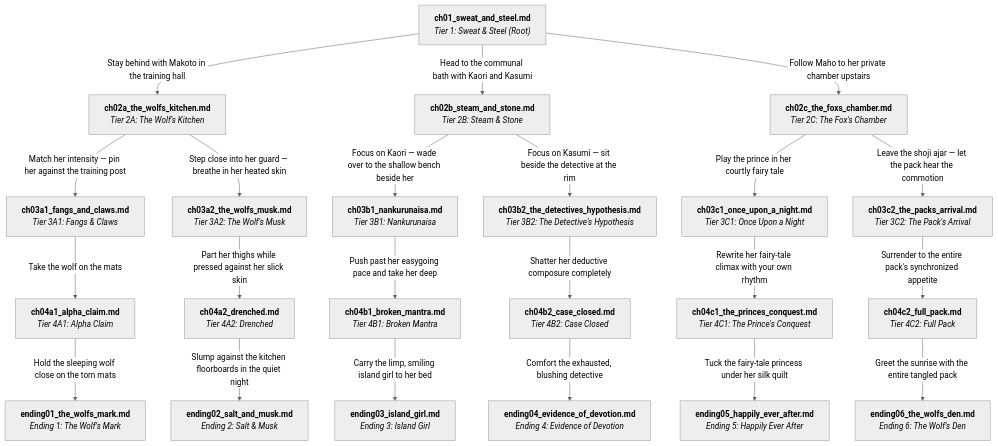
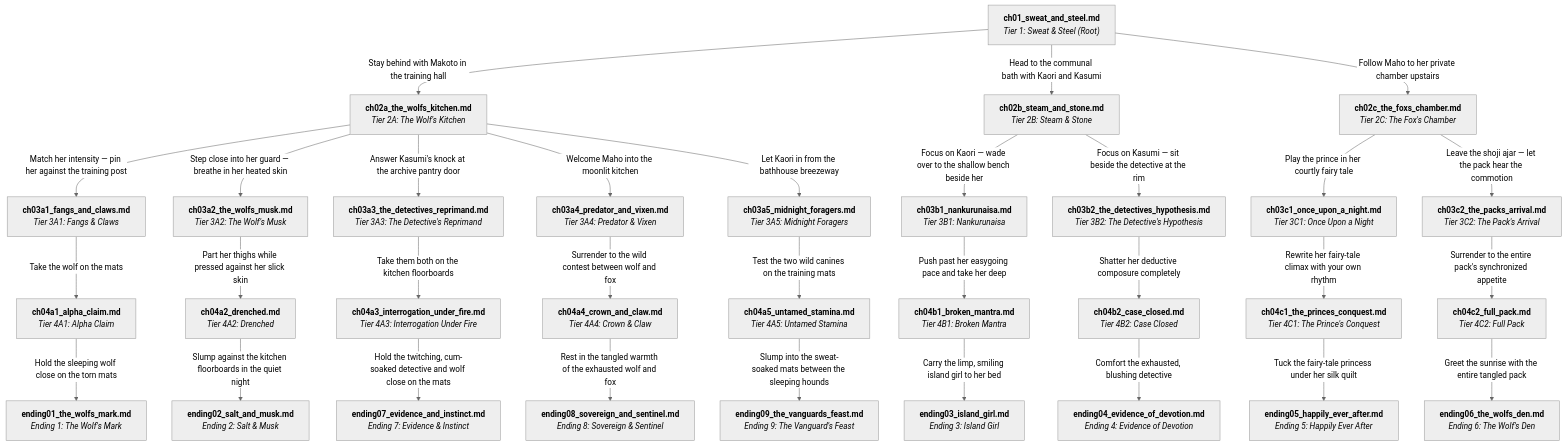
One commit to NazGulZation/story-crafter changed the diagram in the_wolfs_den/outlines/story_graph.md. Above: the diagram before and after it, drawn with Mermaid (neutral theme). The commit also changed other lines of this file and 60 other files, not shown here.

```diff
--- a/the_wolfs_den/outlines/story_graph.md
+++ b/the_wolfs_den/outlines/story_graph.md
@@ -27,14 +27,20 @@
     %% TIER 3: MID-ARCS (NSFW Foreplay Begins)
     CH03A1["<b>ch03a1_fangs_and_claws.md</b><br/><i>Tier 3A1: Fangs & Claws</i>"]
     CH03A2["<b>ch03a2_the_wolfs_musk.md</b><br/><i>Tier 3A2: The Wolf's Musk</i>"]
+    CH03A3["<b>ch03a3_the_detectives_reprimand.md</b><br/><i>Tier 3A3: The Detective's Reprimand</i>"]
+    CH03A4["<b>ch03a4_predator_and_vixen.md</b><br/><i>Tier 3A4: Predator & Vixen</i>"]
+    CH03A5["<b>ch03a5_midnight_foragers.md</b><br/><i>Tier 3A5: Midnight Foragers</i>"]
     CH03B1["<b>ch03b1_nankurunaisa.md</b><br/><i>Tier 3B1: Nankurunaisa</i>"]
     CH03B2["<b>ch03b2_the_detectives_hypothesis.md</b><br/><i>Tier 3B2: The Detective's Hypothesis</i>"]
     CH03C1["<b>ch03c1_once_upon_a_night.md</b><br/><i>Tier 3C1: Once Upon a Night</i>"]
     CH03C2["<b>ch03c2_the_packs_arrival.md</b><br/><i>Tier 3C2: The Pack's Arrival</i>"]
 
-    %% TIER 4: CLIMAXES (Full Explicit Penetration)
+    %% TIER 4: CLIMAXES (Full Explicit Penetration & Mind-Break)
     CH04A1["<b>ch04a1_alpha_claim.md</b><br/><i>Tier 4A1: Alpha Claim</i>"]
     CH04A2["<b>ch04a2_drenched.md</b><br/><i>Tier 4A2: Drenched</i>"]
+    CH04A3["<b>ch04a3_interrogation_under_fire.md</b><br/><i>Tier 4A3: Interrogation Under Fire</i>"]
+    CH04A4["<b>ch04a4_crown_and_claw.md</b><br/><i>Tier 4A4: Crown & Claw</i>"]
+    CH04A5["<b>ch04a5_untamed_stamina.md</b><br/><i>Tier 4A5: Untamed Stamina</i>"]
     CH04B1["<b>ch04b1_broken_mantra.md</b><br/><i>Tier 4B1: Broken Mantra</i>"]
     CH04B2["<b>ch04b2_case_closed.md</b><br/><i>Tier 4B2: Case Closed</i>"]
     CH04C1["<b>ch04c1_the_princes_conquest.md</b><br/><i>Tier 4C1: The Prince's Conquest</i>"]
@@ -47,6 +53,9 @@
     E4["<b>ending04_evidence_of_devotion.md</b><br/><i>Ending 4: Evidence of Devotion</i>"]
     E5["<b>ending05_happily_ever_after.md</b><br/><i>Ending 5: Happily Ever After</i>"]
     E6["<b>ending06_the_wolfs_den.md</b><br/><i>Ending 6: The Wolf's Den</i>"]
+    E7["<b>ending07_evidence_and_instinct.md</b><br/><i>Ending 7: Evidence & Instinct</i>"]
+    E8["<b>ending08_sovereign_and_sentinel.md</b><br/><i>Ending 8: Sovereign & Sentinel</i>"]
+    E9["<b>ending09_the_vanguards_feast.md</b><br/><i>Ending 9: The Vanguard's Feast</i>"]
 
     %% CONNECTIVITY: TIER 1 -> TIER 2
     CH01 -->|"Stay behind with Makoto in the training hall"| CH02A
@@ -56,6 +65,9 @@
     %% CONNECTIVITY: TIER 2 -> TIER 3
     CH02A -->|"Match her intensity — pin her against the training post"| CH03A1
     CH02A -->|"Step close into her guard — breathe in her heated skin"| CH03A2
+    CH02A -->|"Answer Kasumi's knock at the archive pantry door"| CH03A3
+    CH02A -->|"Welcome Maho into the moonlit kitchen"| CH03A4
+    CH02A -->|"Let Kaori in from the bathhouse breezeway"| CH03A5
 
     CH02B -->|"Focus on Kaori — wade over to the shallow bench beside her"| CH03B1
     CH02B -->|"Focus on Kasumi — sit beside the detective at the rim"| CH03B2
@@ -66,6 +78,9 @@
     %% CONNECTIVITY: TIER 3 -> TIER 4
     CH03A1 -->|"Take the wolf on the mats"| CH04A1
     CH03A2 -->|"Part her thighs while pressed against her slick skin"| CH04A2
+    CH03A3 -->|"Take them both on the kitchen floorboards"| CH04A3
+    CH03A4 -->|"Surrender to the wild contest between wolf and fox"| CH04A4
+    CH03A5 -->|"Test the two wild canines on the training mats"| CH04A5
 
     CH03B1 -->|"Push past her easygoing pace and take her deep"| CH04B1
     CH03B2 -->|"Shatter her deductive composure completely"| CH04B2
@@ -76,6 +91,9 @@
     %% CONNECTIVITY: TIER 4 -> TIER 5 (ENDINGS)
     CH04A1 -->|"Hold the sleeping wolf close on the torn mats"| E1
     CH04A2 -->|"Slump against the kitchen floorboards in the quiet night"| E2
+    CH04A3 -->|"Hold the twitching, cum-soaked detective and wolf close on the mats"| E7
+    CH04A4 -->|"Rest in the tangled warmth of the exhausted wolf and fox"| E8
+    CH04A5 -->|"Slump into the sweat-soaked mats between the sleeping hounds"| E9
     CH04B1 -->|"Carry the limp, smiling island girl to her bed"| E3
     CH04B2 -->|"Comfort the exhausted, blushing detective"| E4
     CH04C1 -->|"Tuck the fairy-tale princess under her silk quilt"| E5
```
